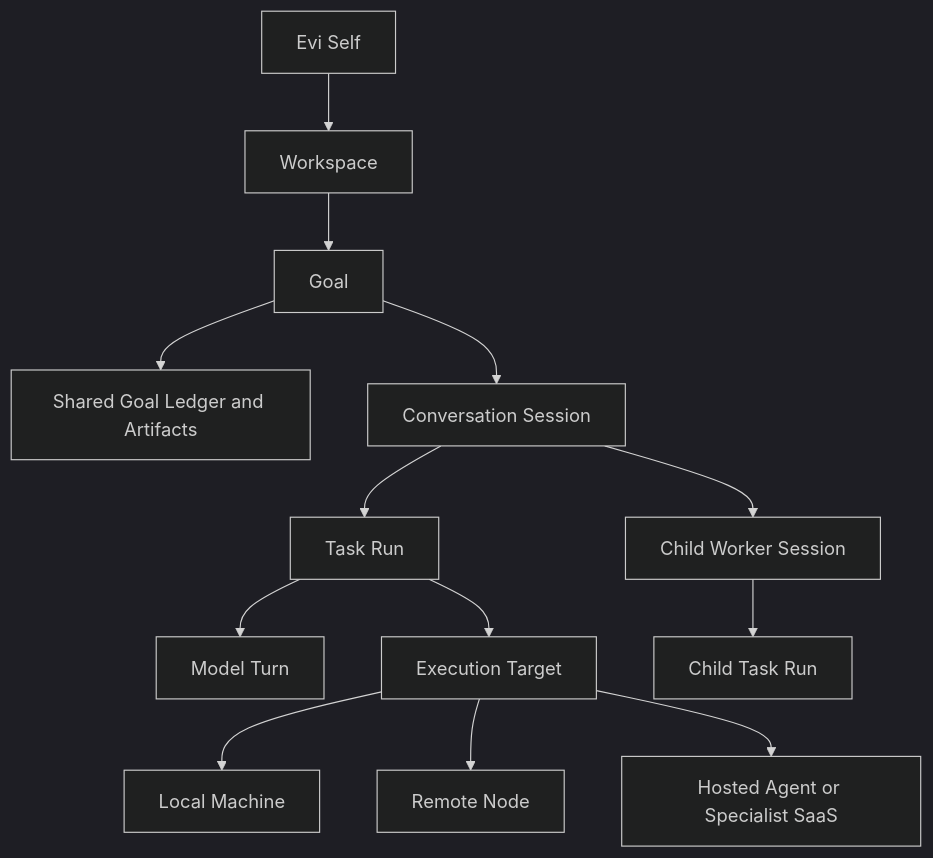
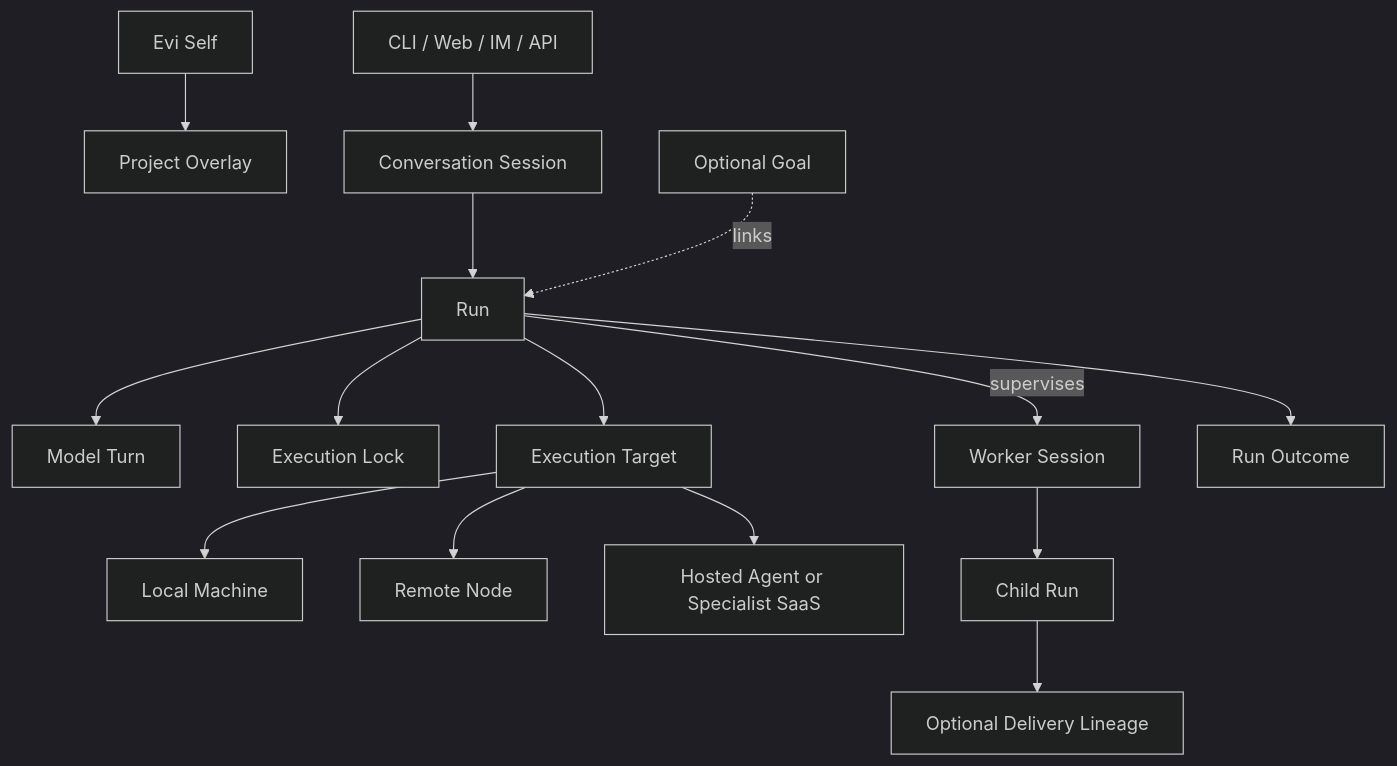
Before and after one commit to suthree/Evi: the diagram in docs/PRODUCT_VISION.cn.md, drawn with Mermaid (dark theme). The commit also changed other lines of this file and 8 other files, not shown here.

````diff
--- a/docs/PRODUCT_VISION.cn.md
+++ b/docs/PRODUCT_VISION.cn.md
@@ -80,15 +80,17 @@
 ```mermaid
 flowchart TD
-  Self["Evi Self"] --> Workspace["Workspace"]
-  Workspace --> Goal["Goal"]
-  Goal --> Ledger["Shared Goal Ledger and Artifacts"]
-  Goal --> Session["Conversation Session"]
-  Session --> Run["Task Run"]
+  Self["Evi Self"] --> Overlay["Project Overlay"]
+  Entry["CLI / Web / IM / API"] --> Session["Conversation Session"]
+  Session --> Run["Run"]
   Run --> Turn["Model Turn"]
+  Goal["Optional Goal"] -. links .-> Run
+  Run --> Lock["Execution Lock"]
   Run --> Target["Execution Target"]
   Target --> Local["Local Machine"]
   Target --> Remote["Remote Node"]
   Target --> Hosted["Hosted Agent or Specialist SaaS"]
-  Session --> Worker["Child Worker Session"]
-  Worker --> ChildRun["Child Task Run"]
+  Run -->|supervises| Worker["Worker Session"]
+  Worker --> ChildRun["Child Run"]
+  ChildRun --> Delivery["Optional Delivery Lineage"]
+  Run --> Outcome["Run Outcome"]
 ```
````
